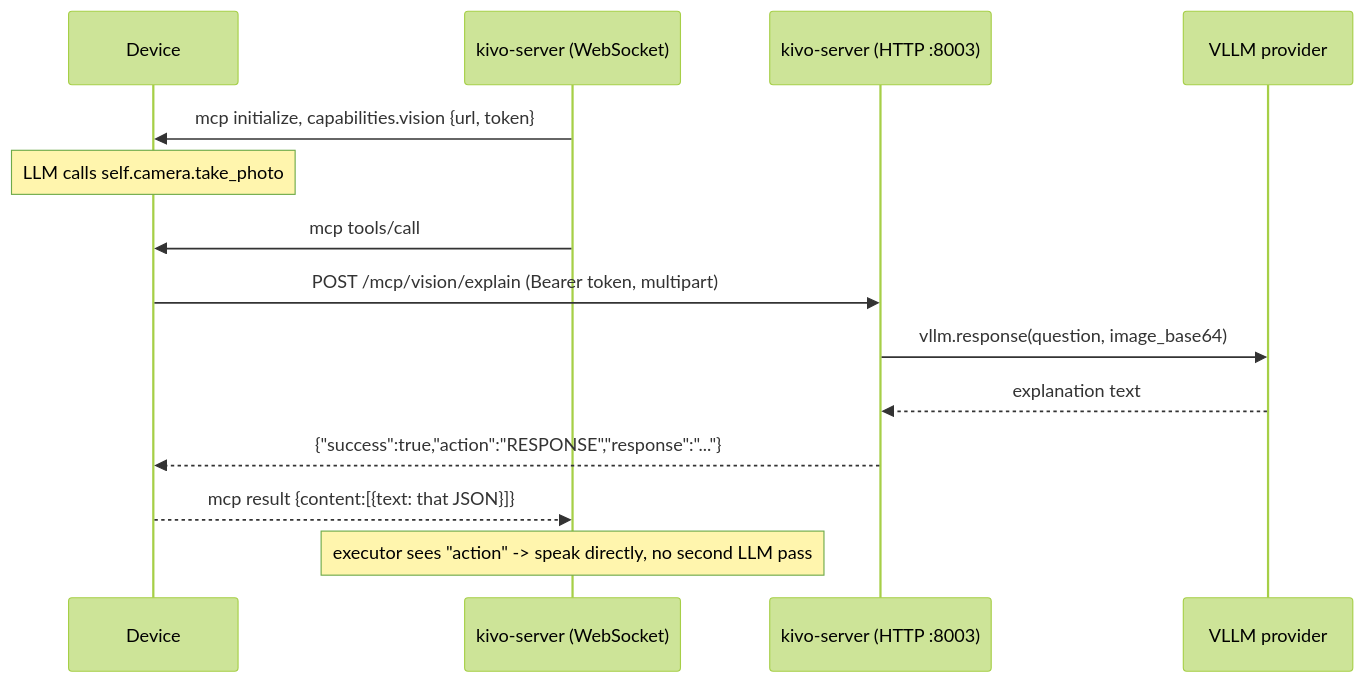
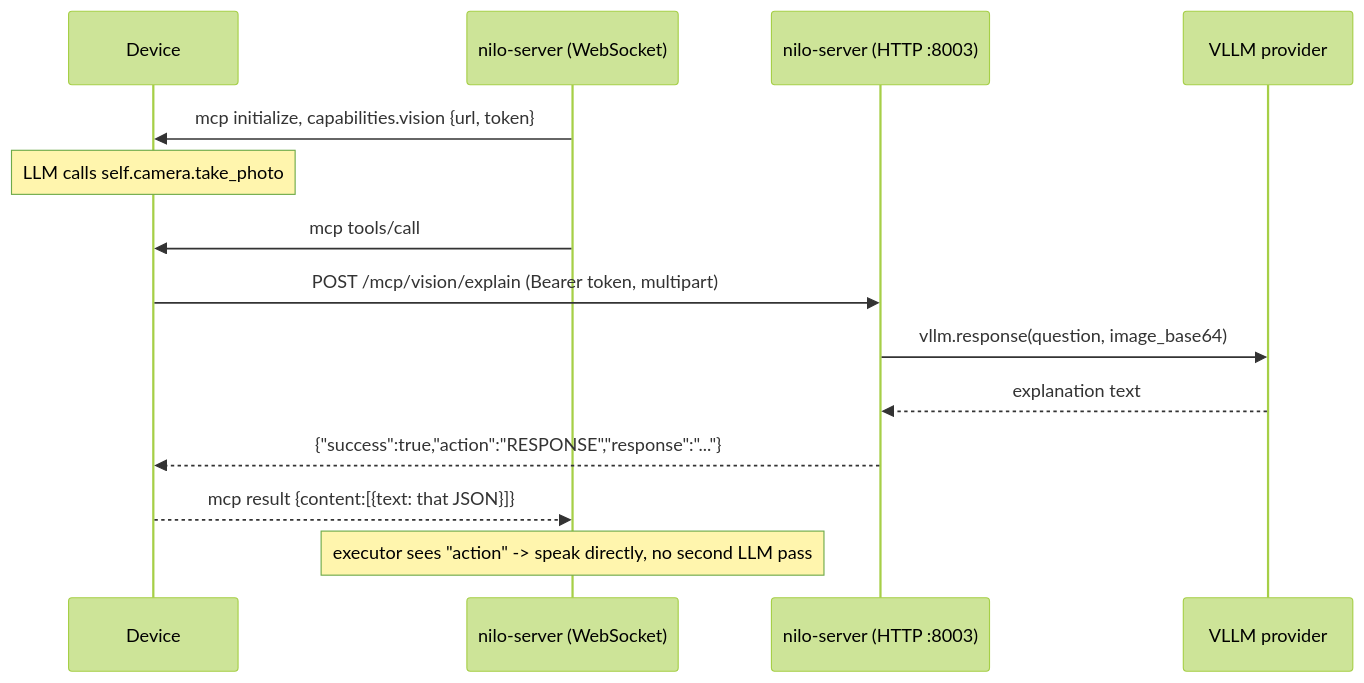
Before and after one commit to AA-Box/Nilo: the third of 3 diagrams in docs/mcp.md, drawn with Mermaid (forest theme). The commit also changed other lines of this file and 307 other files, not shown here.

````diff
--- a/docs/mcp.md
+++ b/docs/mcp.md
@@ -319,16 +319,16 @@
 ```mermaid
 sequenceDiagram
     participant D as Device
-    participant WS as kivo-server (WebSocket)
-    participant HTTP as kivo-server (HTTP :8003)
+    participant WS as nilo-server (WebSocket)
+    participant HTTP as nilo-server (HTTP :8003)
     participant V as VLLM provider
     WS->>D: mcp initialize, capabilities.vision {url, token}
     Note over D: LLM calls self.camera.take_photo
     WS->>D: mcp tools/call
     D->>HTTP: POST /mcp/vision/explain (Bearer token, multipart)
     HTTP->>V: vllm.response(question, image_base64)
     V-->>HTTP: explanation text
     HTTP-->>D: {"success":true,"action":"RESPONSE","response":"..."}
     D-->>WS: mcp result {content:[{text: that JSON}]}
     Note over WS: executor sees "action" -> speak directly, no second LLM pass
 ```
````
